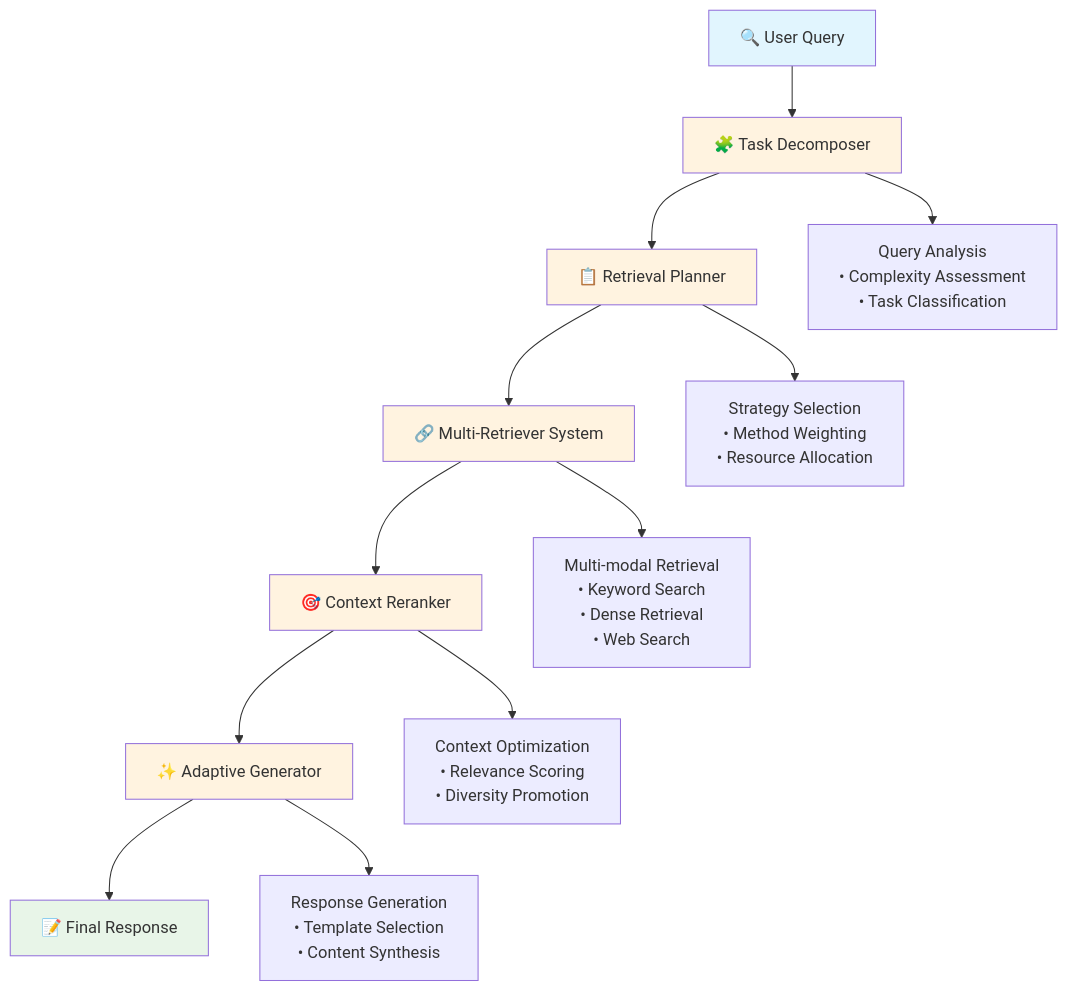
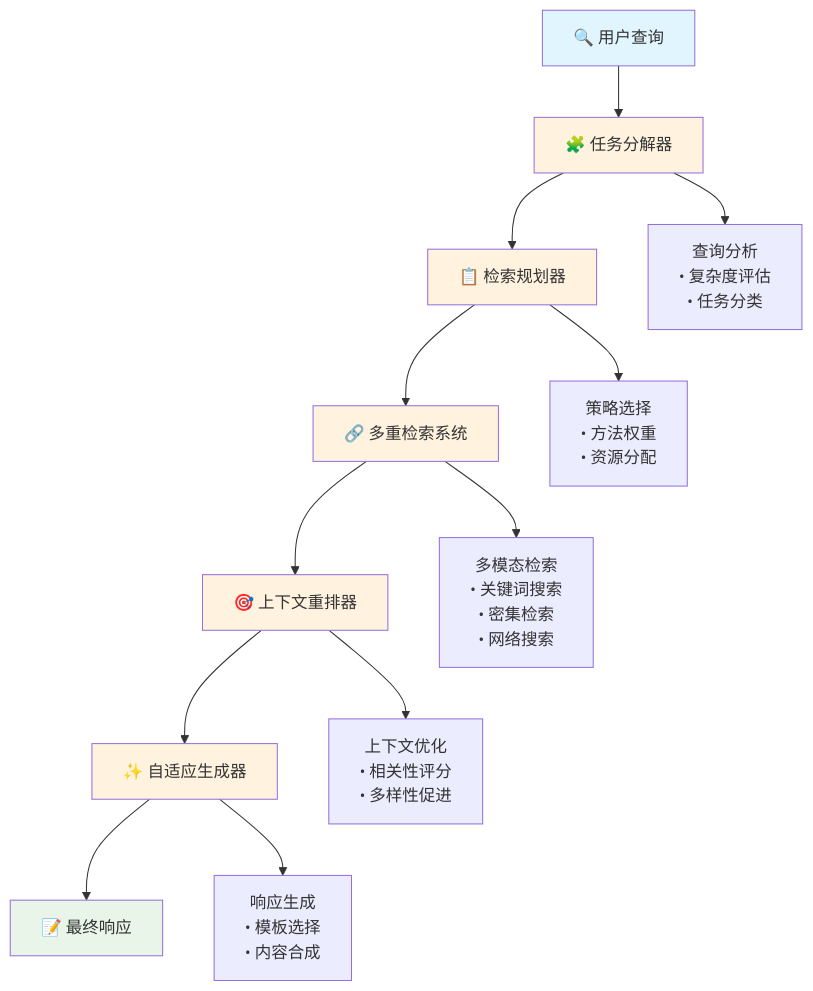
Before and after one commit to Rito-w/adaptiverag: the first of 2 diagrams in docs/architecture.md, drawn with Mermaid. The commit also changed other lines of this file and 10 other files, not shown here.

````diff
--- a/docs/architecture.md
+++ b/docs/architecture.md
@@ -15,23 +15,23 @@
 ```mermaid
 flowchart TD
-    A[🔍 User Query] --> B[🧩 Task Decomposer]
-    B --> C[📋 Retrieval Planner]
-    C --> D[🔗 Multi-Retriever System]
-    D --> E[🎯 Context Reranker]
-    E --> F[✨ Adaptive Generator]
-    F --> G[📝 Final Response]
+    A[🔍 用户查询] --> B[🧩 任务分解器]
+    B --> C[📋 检索规划器]
+    C --> D[🔗 多重检索系统]
+    D --> E[🎯 上下文重排器]
+    E --> F[✨ 自适应生成器]
+    F --> G[📝 最终响应]
 
-    B --> H[Query Analysis<br/>• Complexity Assessment<br/>• Task Classification]
-    C --> I[Strategy Selection<br/>• Method Weighting<br/>• Resource Allocation]
-    D --> J[Multi-modal Retrieval<br/>• Keyword Search<br/>• Dense Retrieval<br/>• Web Search]
-    E --> K[Context Optimization<br/>• Relevance Scoring<br/>• Diversity Promotion]
-    F --> L[Response Generation<br/>• Template Selection<br/>• Content Synthesis]
+    B --> H[查询分析<br/>• 复杂度评估<br/>• 任务分类]
+    C --> I[策略选择<br/>• 方法权重<br/>• 资源分配]
+    D --> J[多模态检索<br/>• 关键词搜索<br/>• 密集检索<br/>• 网络搜索]
+    E --> K[上下文优化<br/>• 相关性评分<br/>• 多样性促进]
+    F --> L[响应生成<br/>• 模板选择<br/>• 内容合成]
 
     style A fill:#e1f5fe
     style G fill:#e8f5e8
     style B fill:#fff3e0
     style C fill:#fff3e0
     style D fill:#fff3e0
     style E fill:#fff3e0
     style F fill:#fff3e0
 ```
````
